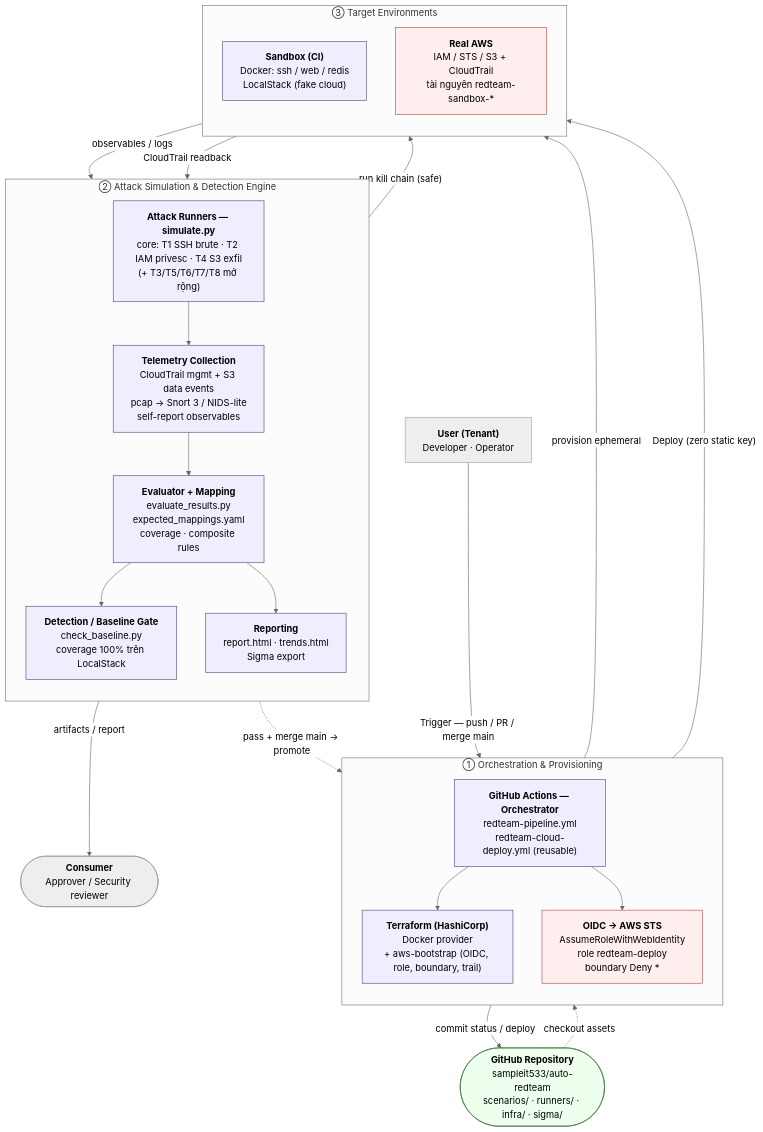
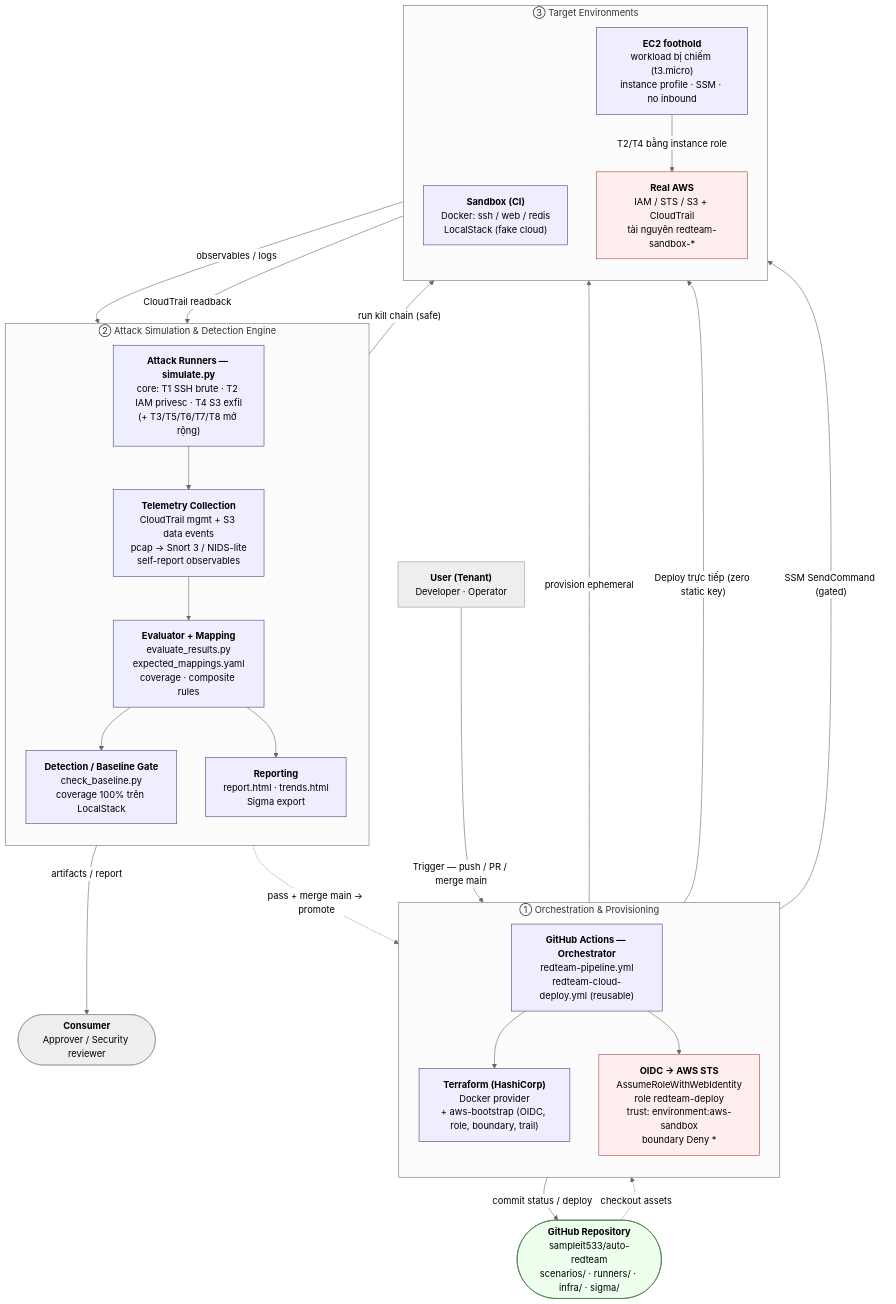
Before and after one commit to sampleit533/auto-redteam: the first of 3 diagrams in docs/arch2.md, drawn with Mermaid (neutral theme). The commit also changed other lines of this file and 9 other files, not shown here.

````diff
--- a/docs/arch2.md
+++ b/docs/arch2.md
@@ -17,51 +17,54 @@
 ```mermaid
 flowchart TB
     gh(["<b>GitHub Repository</b><br/>sampleit533/auto-redteam<br/>scenarios/ · runners/ · infra/ · sigma/"])
 
     subgraph PRE["① Orchestration &amp; Provisioning"]
         direction TB
         ga["<b>GitHub Actions — Orchestrator</b><br/>redteam-pipeline.yml<br/>redteam-cloud-deploy.yml (reusable)"]
         tf["<b>Terraform (HashiCorp)</b><br/>Docker provider<br/>+ aws-bootstrap (OIDC, role, boundary, trail)"]
-        oidc["<b>OIDC → AWS STS</b><br/>AssumeRoleWithWebIdentity<br/>role redteam-deploy<br/>boundary Deny *"]
+        oidc["<b>OIDC → AWS STS</b><br/>AssumeRoleWithWebIdentity<br/>role redteam-deploy<br/>trust: environment:aws-sandbox<br/>boundary Deny *"]
         ga --> tf
         ga --> oidc
     end
 
     subgraph ENG["② Attack Simulation &amp; Detection Engine"]
         direction TB
         sim["<b>Attack Runners — simulate.py</b><br/>core: T1 SSH brute · T2 IAM privesc · T4 S3 exfil<br/>(+ T3/T5/T6/T7/T8 mở rộng)"]
         col["<b>Telemetry Collection</b><br/>CloudTrail mgmt + S3 data events<br/>pcap → Snort 3 / NIDS-lite<br/>self-report observables"]
         evalr["<b>Evaluator + Mapping</b><br/>evaluate_results.py<br/>expected_mappings.yaml<br/>coverage · composite rules"]
         gate["<b>Detection / Baseline Gate</b><br/>check_baseline.py<br/>coverage 100% trên LocalStack"]
         rep["<b>Reporting</b><br/>report.html · trends.html<br/>Sigma export"]
         sim --> col --> evalr --> gate
         evalr --> rep
     end
 
     subgraph TGT["③ Target Environments"]
         direction TB
         sandbox["<b>Sandbox (CI)</b><br/>Docker: ssh / web / redis<br/>LocalStack (fake cloud)"]
+        ec2["<b>EC2 foothold</b><br/>workload bị chiếm (t3.micro)<br/>instance profile · SSM · no inbound"]
         aws["<b>Real AWS</b><br/>IAM / STS / S3 + CloudTrail<br/>tài nguyên redteam-sandbox-*"]
     end
 
     user["<b>User (Tenant)</b><br/>Developer · Operator"]
     reviewer(["<b>Consumer</b><br/>Approver / Security reviewer"])
 
     user -->|"Trigger — push / PR / merge main"| ga
     gh -. "checkout assets" .-> ga
     tf -->|"provision ephemeral"| sandbox
     sim -->|"run kill chain (safe)"| sandbox
     gate -. "pass + merge main → promote" .-> oidc
-    oidc -->|"Deploy (zero static key)"| aws
+    oidc -->|"Deploy trực tiếp (zero static key)"| aws
+    oidc -->|"SSM SendCommand (gated)"| ec2
+    ec2 -->|"T2/T4 bằng instance role"| aws
     sandbox -->|"observables / logs"| col
     aws -->|"CloudTrail readback"| col
     rep -->|"artifacts / report"| reviewer
     ga -->|"commit status / deploy"| gh
 
     classDef box fill:#eef,stroke:#447,color:#000;
     classDef cloud fill:#fee,stroke:#a44,color:#000;
     classDef scm fill:#efe,stroke:#474,color:#000;
-    class ga,tf,sim,col,evalr,gate,rep,sandbox box;
+    class ga,tf,sim,col,evalr,gate,rep,sandbox,ec2 box;
     class oidc,aws cloud;
     class gh scm;
 ```
````
